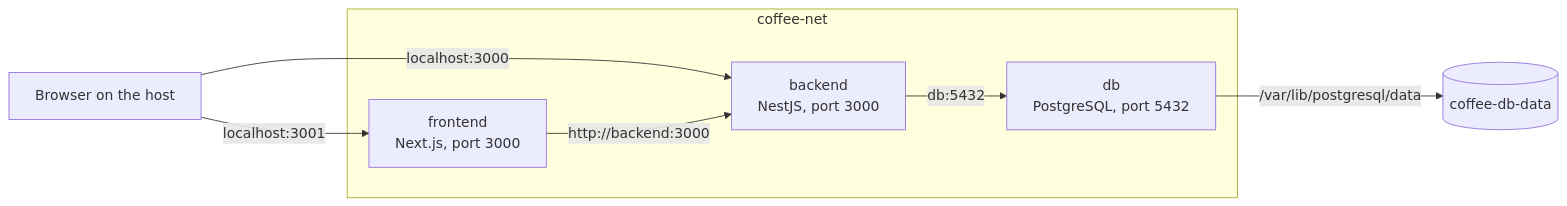
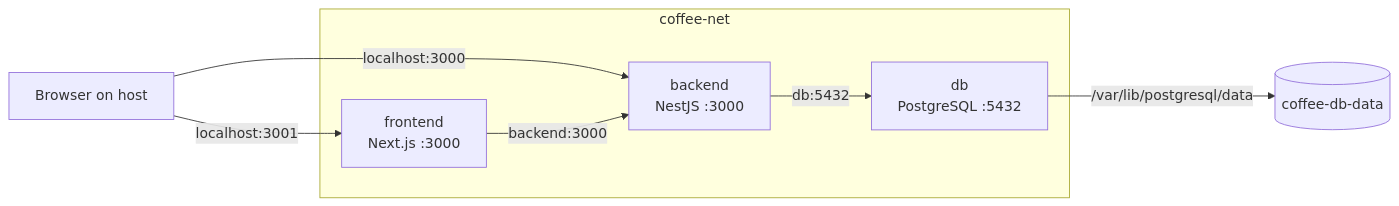
The diagram in README.md (filzac98/coffee-tracker), drawn with Mermaid before and after one commit. The commit also changed other lines of this file, not shown here.

````diff
--- a/README.md
+++ b/README.md
@@ -21,16 +21,18 @@
 ```mermaid
 flowchart LR
-    browser["Browser on the host"]
+    browser["Browser on host"]
+
     subgraph net ["coffee-net"]
-        frontend["frontend<br/>Next.js, port 3000"]
-        backend["backend<br/>NestJS, port 3000"]
-        db["db<br/>PostgreSQL, port 5432"]
+        frontend["frontend<br/>Next.js :3000"]
+        backend["backend<br/>NestJS :3000"]
+        db["db<br/>PostgreSQL :5432"]
     end
+
     volume[("coffee-db-data")]
 
     browser -- "localhost:3001" --> frontend
     browser -- "localhost:3000" --> backend
-    frontend -- "http://backend:3000" --> backend
+    frontend -- "backend:3000" --> backend
     backend -- "db:5432" --> db
     db -- "/var/lib/postgresql/data" --> volume
 ```
````
